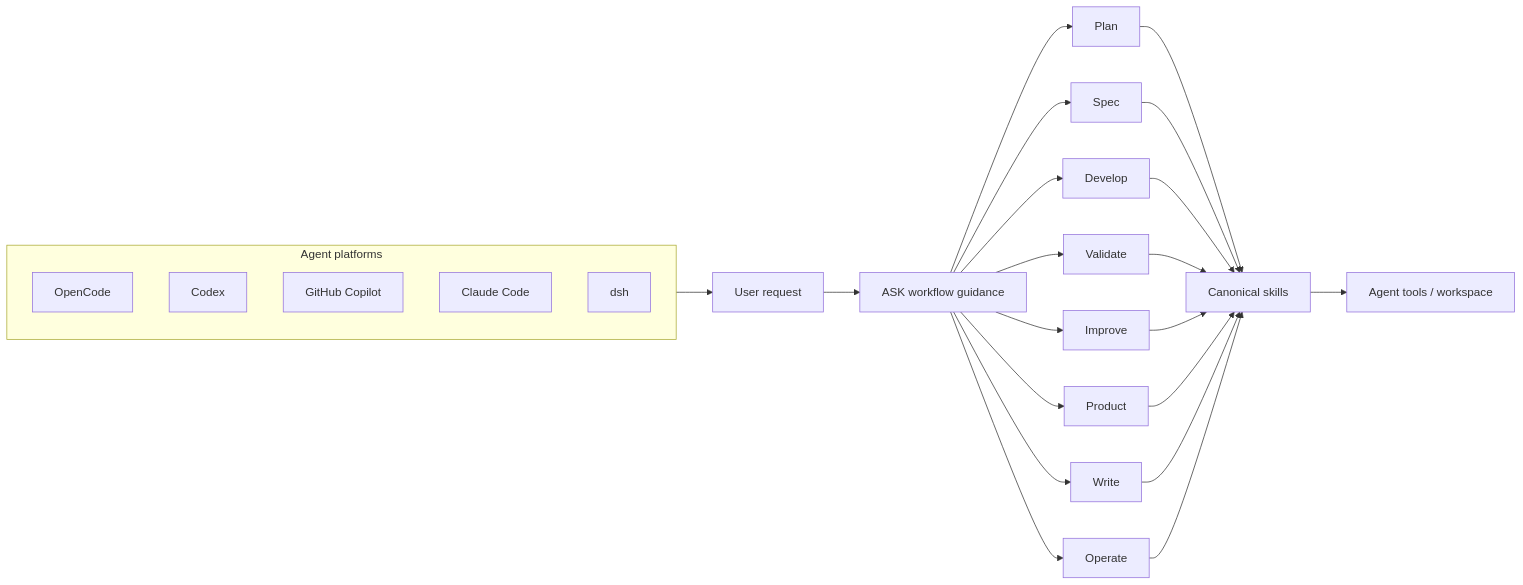
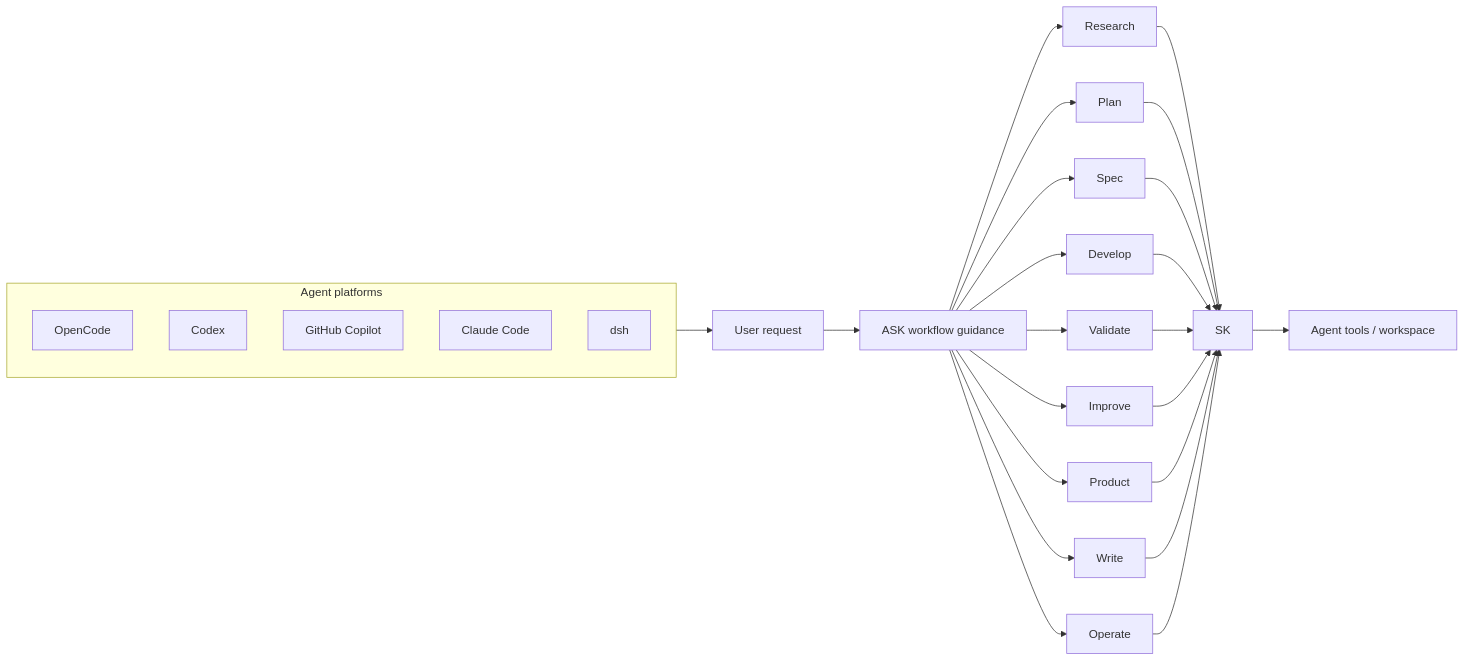
Before and after one commit to MarkBovee/agent-skills-kit: the first of 2 diagrams in README.md, drawn with Mermaid. The commit also changed other lines of this file and 263 other files, not shown here.

````diff
--- a/README.md
+++ b/README.md
@@ -75,33 +75,35 @@
 ```mermaid
 flowchart LR
     subgraph Agents[Agent platforms]
         OC[OpenCode]
         CX[Codex]
         CP[GitHub Copilot]
         CC[Claude Code]
         DSH[dsh]
     end
 
     Agents --> RQ[User request]
     RQ --> RT[ASK workflow guidance]
 
+    RT --> RS[Research]
     RT --> PL[Plan]
     RT --> SP[Spec]
     RT --> DE[Develop]
     RT --> VA[Validate]
     RT --> IM[Improve]
     RT --> PR[Product]
     RT --> WR[Write]
     RT --> OP[Operate]
 
-    PL --> SK[Canonical skills]
+    RS --> SK
+    PL --> SK
     SP --> SK
     DE --> SK
     VA --> SK
     IM --> SK
     PR --> SK
     WR --> SK
     OP --> SK
 
     SK --> TOOLS[Agent tools / workspace]
 ```
````
